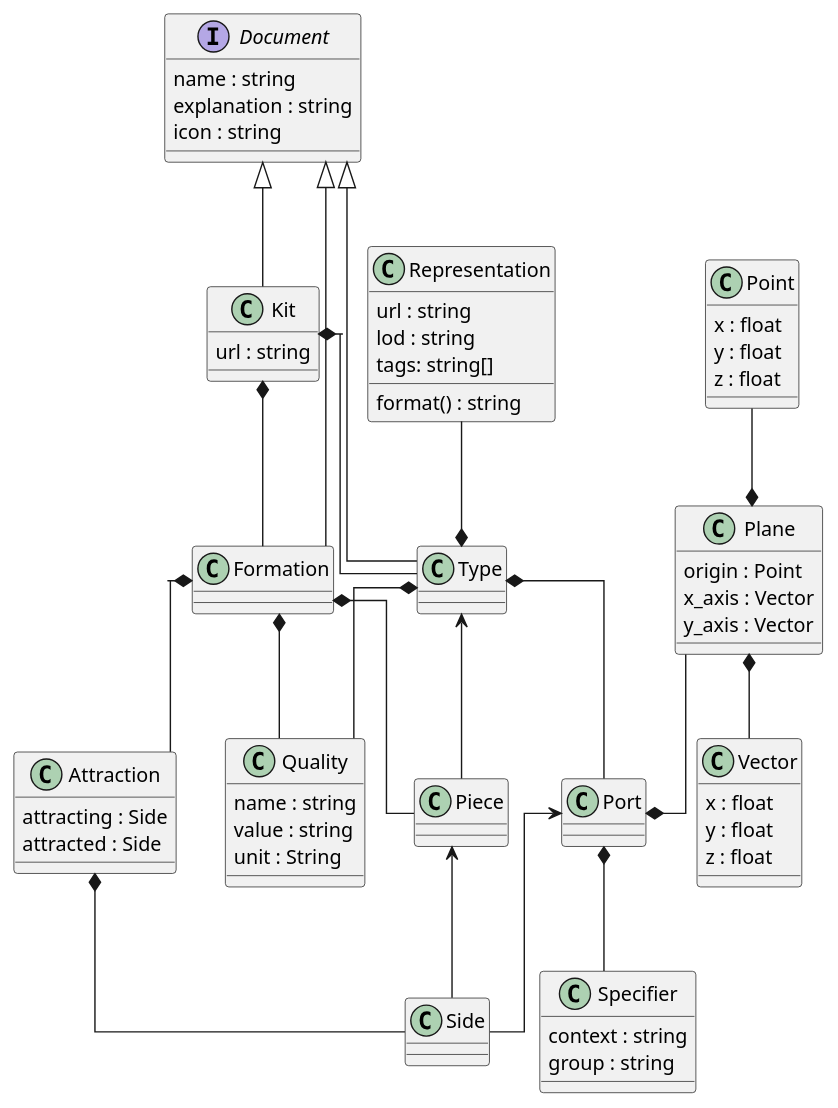
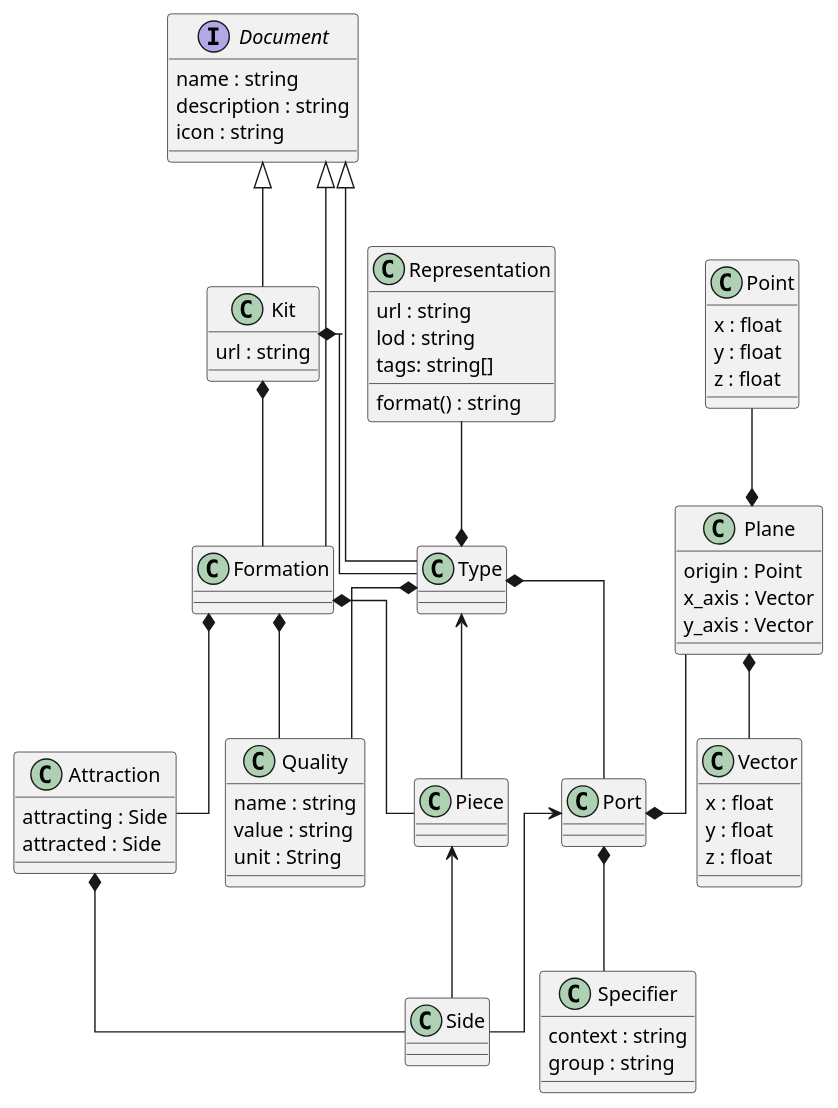
The diagram in docs/softwarequality/softwarearchitecture/softwarearchitecture.pu (usalu/semio), drawn with PlantUML before and after one commit. The commit also changed 38 other files, not shown here.

```diff
--- a/docs/softwarequality/softwarearchitecture/softwarearchitecture.pu
+++ b/docs/softwarequality/softwarearchitecture/softwarearchitecture.pu
@@ -1,93 +1,93 @@
 @startuml "data architecture"
 skinparam linetype ortho
 
 interface Document {
     name : string
-    explanation : string
+    description : string
     icon : string
 }
 
 class Kit {
     url : string
 }
 
 class Type {
 }
 
 class Representation{
     url : string
     lod : string
     tags: string[]
     format() : string
 }
 
 class Point {
     x : float
     y : float
     z : float
 }
 
 class Vector {
     x : float
     y : float
     z : float
 }
 
 class Plane {
     origin : Point
     x_axis : Vector
     y_axis : Vector
 }
 
 class Port {
 }
 
 class Quality {
     name : string
     value : string
     unit : String
 }
 
 class Specifier {
     context : string
     group : string
 }
 
 class Piece{
 }
 
 class Attraction {
     attracting : Side
     attracted : Side
 }
 
 class Side {
 }
 
 class Formation {
 }
 
 
 Kit *-- Type
 Kit *-- Formation
 Representation --* Type
 Type *-- Port
 Type *-- Quality
 Formation *-- Piece
 Formation *-- Attraction
 Formation *-- Quality
 Attraction *-- Side
 Port *--  Specifier
 Plane --* Port
 Point --*  Plane
 Plane *-- Vector
 Type <-- Piece
 Piece <-- Side
 Port <-- Side
 
 Document <|-- Kit
 Document <|-- Type
 Document <|-- Formation
 
 
 @enduml
```
